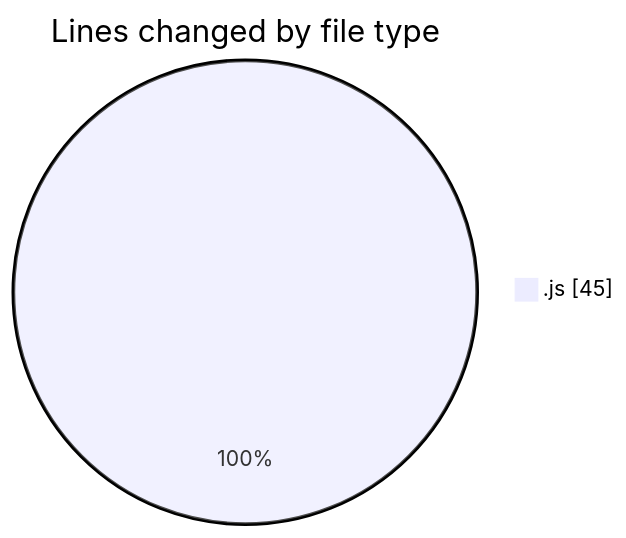
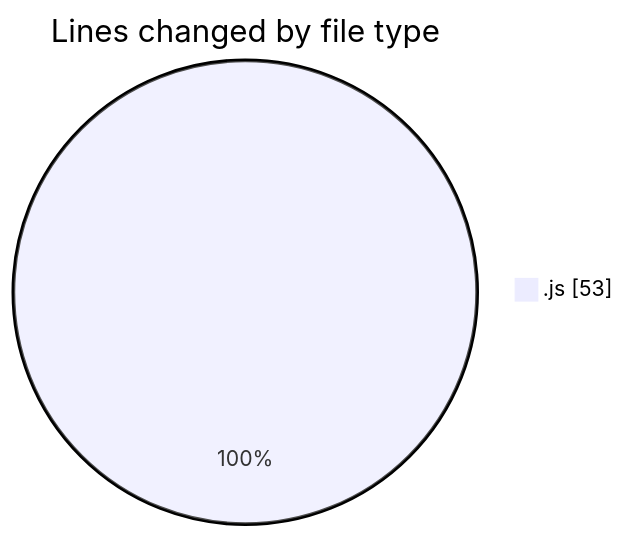
One commit to nxtqubesakshisongat/code-tracking changed the first of 2 diagrams in 2025-12-01/nxtqube_webapp/README.md. Above: the diagram before and after it, drawn with Mermaid. The commit also changed other lines of this file and 1 other file, not shown here.

````diff
--- a/2025-12-01/nxtqube_webapp/README.md
+++ b/2025-12-01/nxtqube_webapp/README.md
@@ -20,5 +20,5 @@
 ```mermaid
 pie showData
 title Lines changed by file type
-".js" : 45
+".js" : 53
 ```
````
